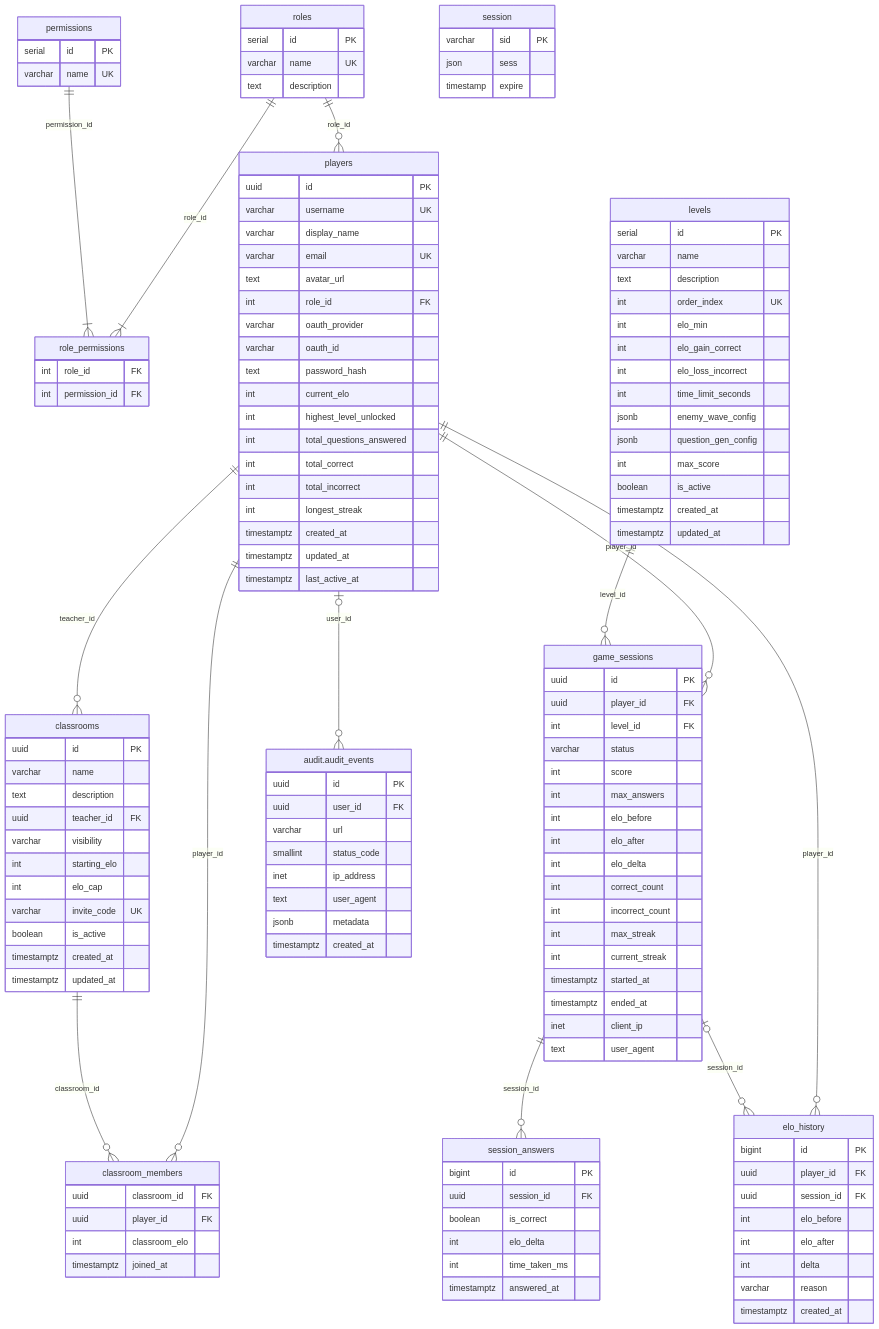
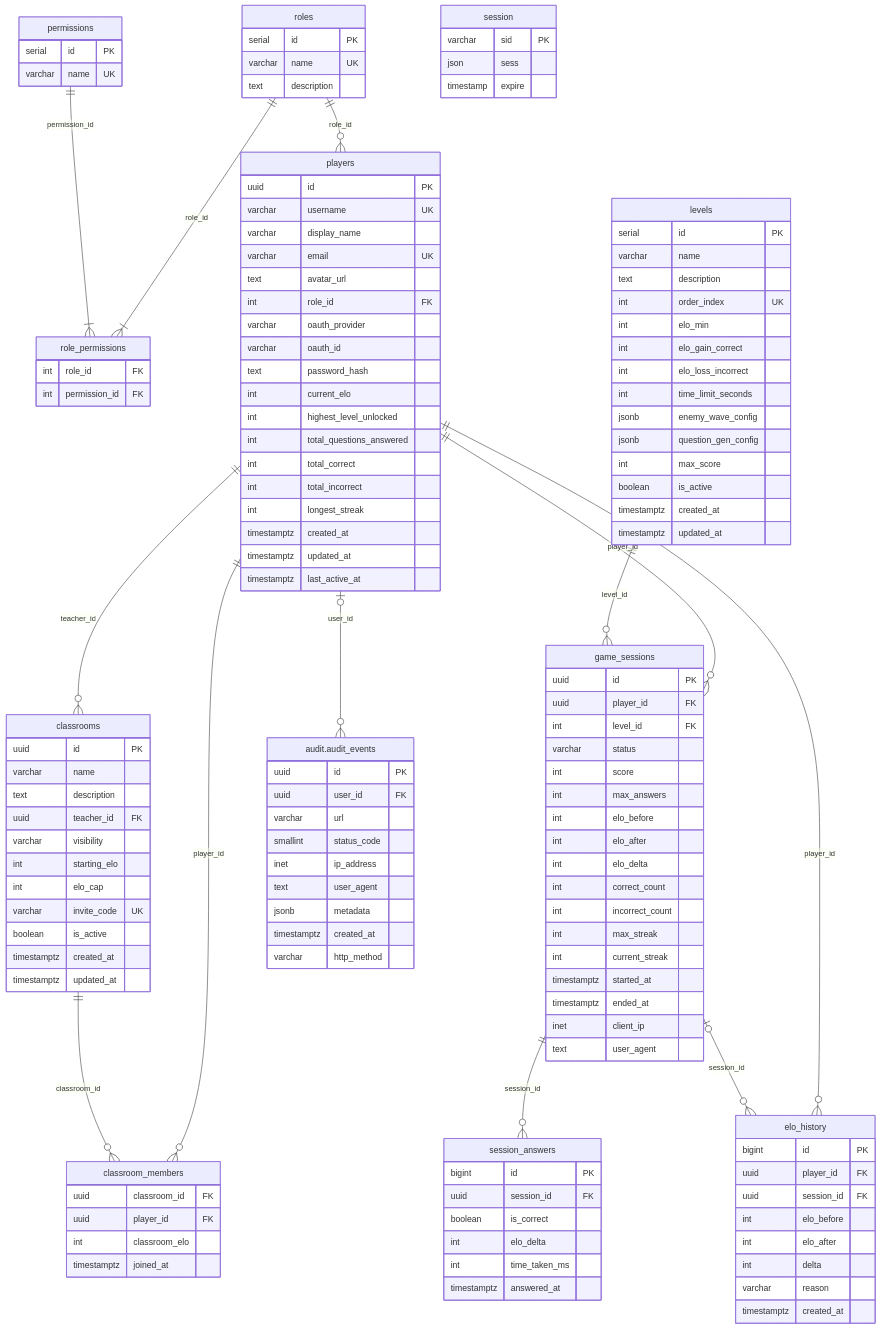
Before and after one commit to christphralden/magic-nugger-app: the diagram in README.md, drawn with Mermaid. The commit also changed 5 other files, not shown here.

Commit message:
feat(web-server): add rollback and update docs for audit.audit_events.http_method, add missing player route

```diff
--- a/README.md
+++ b/README.md
@@ -197,6 +197,7 @@
         text        user_agent
         jsonb       metadata
         timestamptz created_at
+        varchar     http_method
     }
 
     roles            ||--|{ role_permissions    : "role_id"
```
